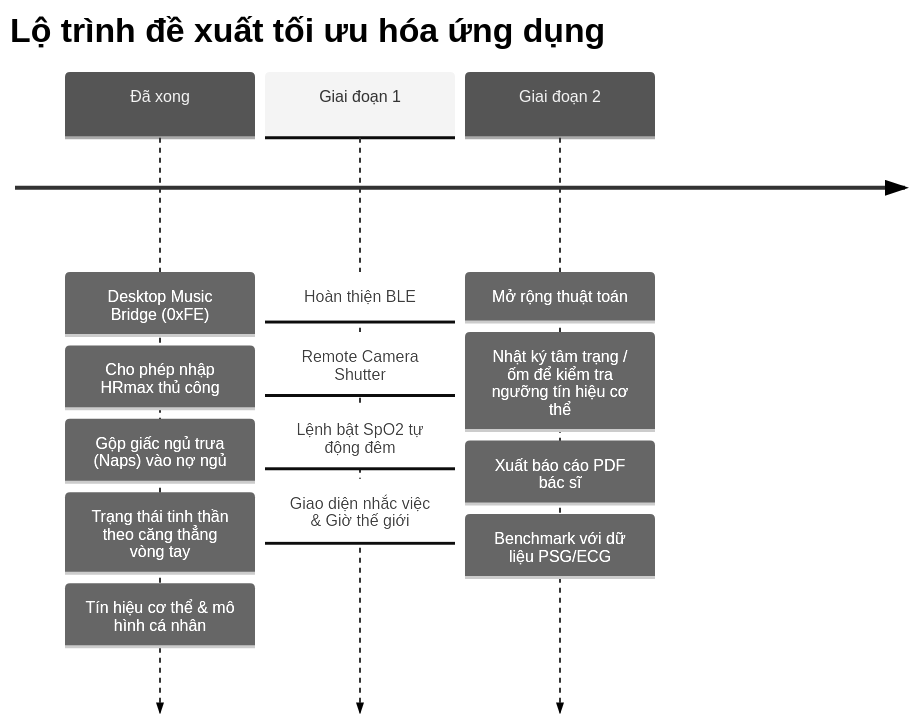
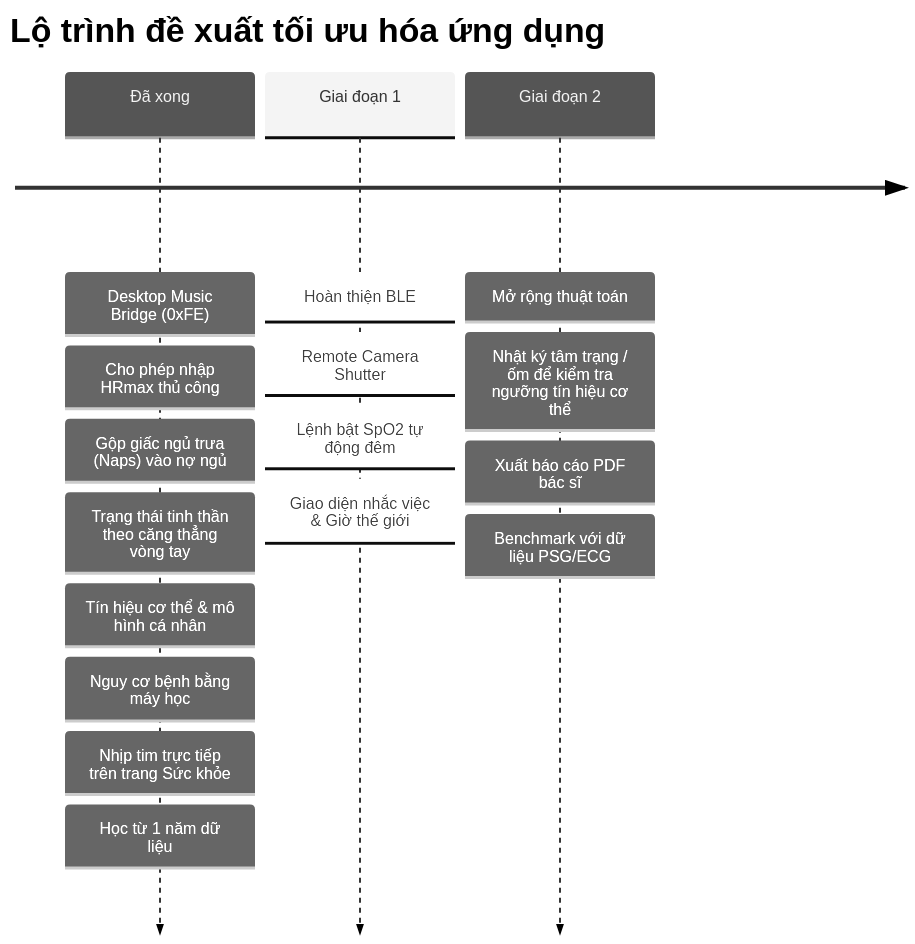
One commit to nhatanhpico/MiBand6 changed the fourth of 4 diagrams in DANH_GIA.md. Above: the diagram before and after it, drawn with Mermaid (neutral theme). The commit also changed other lines of this file and 5 other files, not shown here.

````diff
--- a/DANH_GIA.md
+++ b/DANH_GIA.md
@@ -234,7 +254,7 @@
 ```mermaid
 timeline
     title Lộ trình đề xuất tối ưu hóa ứng dụng
-    Đã xong : Desktop Music Bridge (0xFE) : Cho phép nhập HRmax thủ công : Gộp giấc ngủ trưa (Naps) vào nợ ngủ : Trạng thái tinh thần theo căng thẳng vòng tay : Tín hiệu cơ thể & mô hình cá nhân
+    Đã xong : Desktop Music Bridge (0xFE) : Cho phép nhập HRmax thủ công : Gộp giấc ngủ trưa (Naps) vào nợ ngủ : Trạng thái tinh thần theo căng thẳng vòng tay : Tín hiệu cơ thể & mô hình cá nhân : Nguy cơ bệnh bằng máy học : Nhịp tim trực tiếp trên trang Sức khỏe : Học từ 1 năm dữ liệu
     Giai đoạn 1 : Hoàn thiện BLE : Remote Camera Shutter : Lệnh bật SpO2 tự động đêm : Giao diện nhắc việc & Giờ thế giới
     Giai đoạn 2 : Mở rộng thuật toán : Nhật ký tâm trạng / ốm để kiểm tra ngưỡng tín hiệu cơ thể : Xuất báo cáo PDF bác sĩ : Benchmark với dữ liệu PSG/ECG
 ```
````
